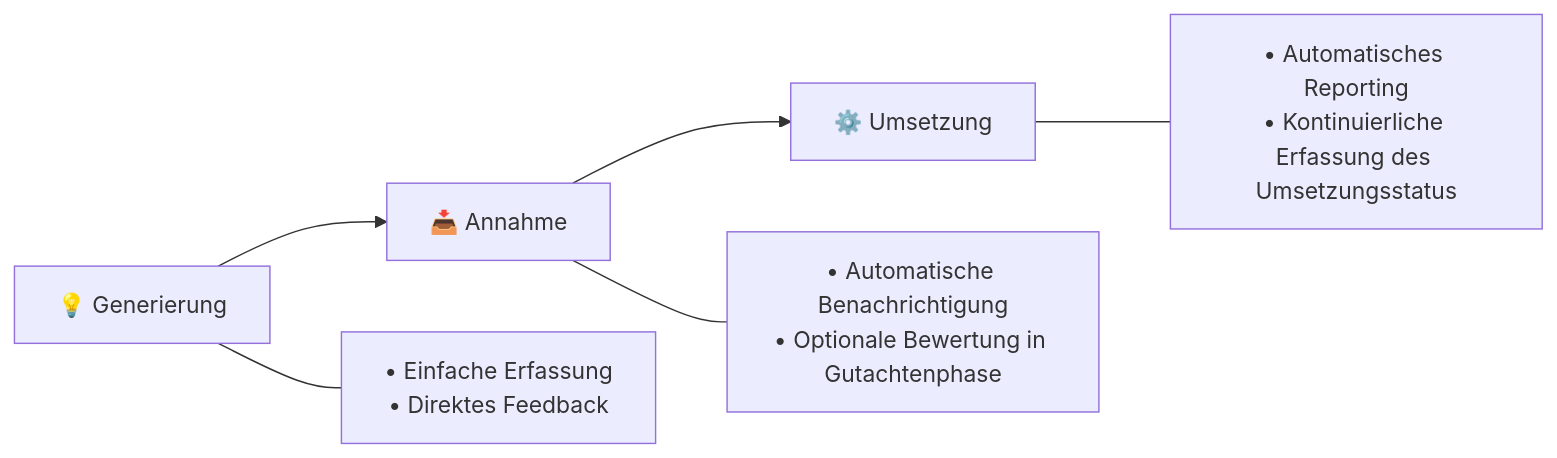
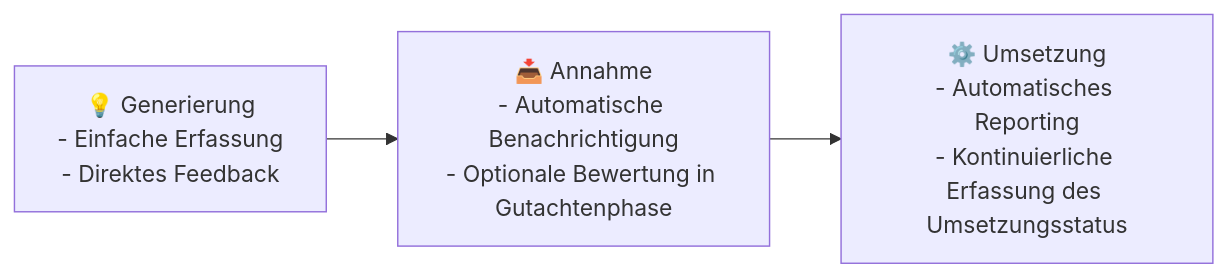
One commit to qmBase/docs changed the diagram in docs/apps/idea-management.mdx. Above: the diagram before and after it, drawn with Mermaid. The commit also changed other lines of this file, not shown here.

Commit message:
redesigned the idea management page to improve the user experience and added a new section for idea authentication.

````diff
--- a/docs/apps/idea-management.mdx
+++ b/docs/apps/idea-management.mdx
@@ -18,16 +18,17 @@
 ```mermaid
 flowchart LR
-    G["💡 Generierung"]
-    A["📥 Annahme"]
-    U["⚙️ Umsetzung"]
+    G["`💡 Generierung
+    - Einfache Erfassung
+    - Direktes Feedback
+    `"]
+    A["`📥 Annahme
+    - Automatische Benachrichtigung
+    - Optionale Bewertung in Gutachtenphase
+    `"]
+    U["`⚙️ Umsetzung
+    - Automatisches Reporting
+    - Kontinuierliche Erfassung des Umsetzungsstatus
+    `"]
 
     G --> A --> U
-
-    G_NOTE["• Einfache Erfassung<br/>• Direktes Feedback"]
-    A_NOTE["• Automatische Benachrichtigung<br/>• Optionale Bewertung in Gutachtenphase"]
-    U_NOTE["• Automatisches Reporting<br/>• Kontinuierliche Erfassung des Umsetzungsstatus"]
-
-    G --- G_NOTE
-    A --- A_NOTE
-    U --- U_NOTE
 ```
````
